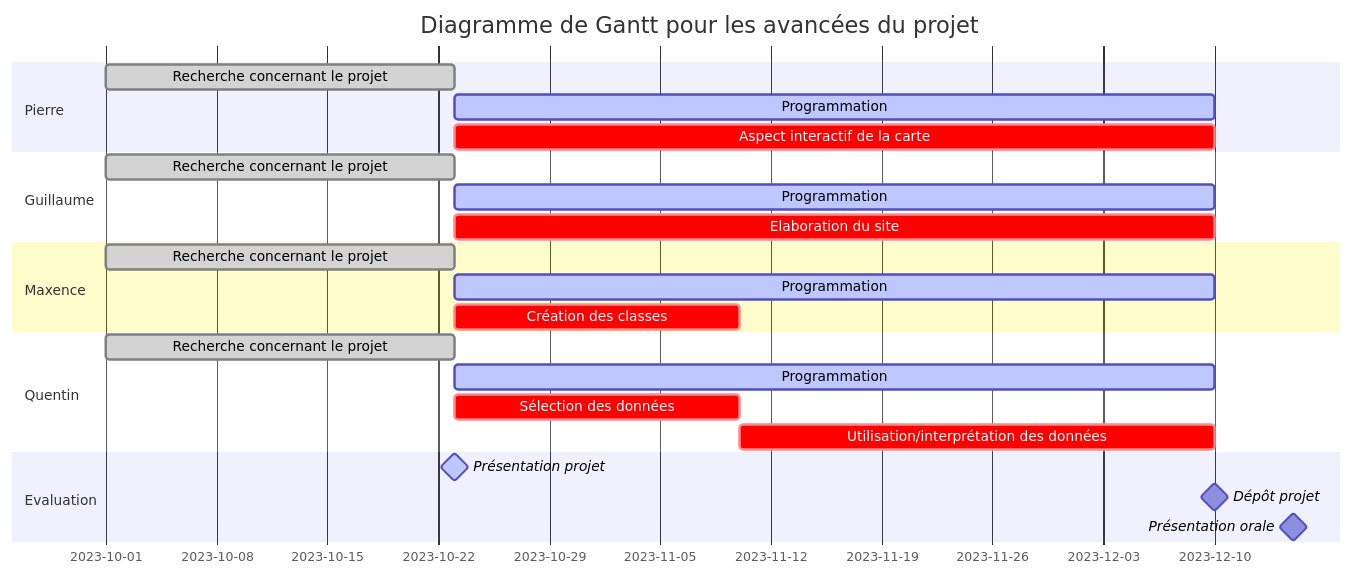
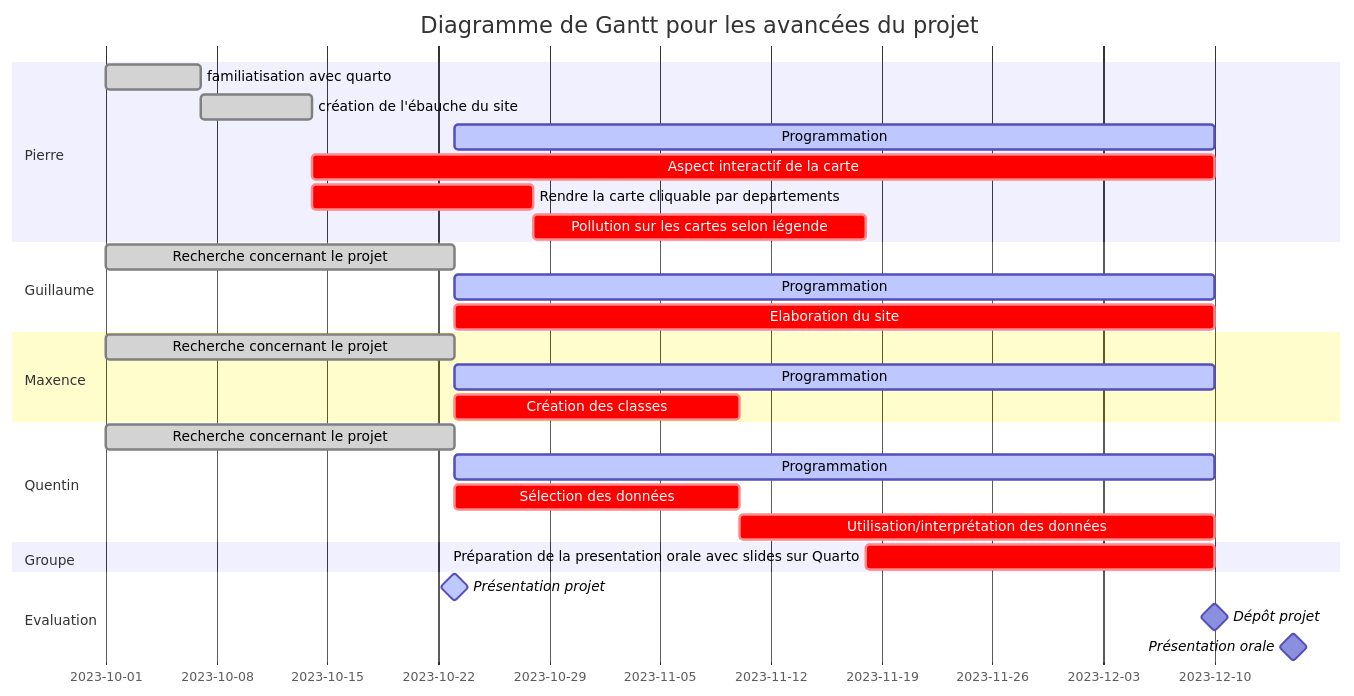
One commit to guibouland/ProjetGroupe changed the diagram in pollutionOcc/Avancee.qmd. Above: the diagram before and after it, drawn with Mermaid. The commit also changed other lines of this file, not shown here.

Commit message:
modifications Gantt Pierre

````diff
--- a/pollutionOcc/Avancee.qmd
+++ b/pollutionOcc/Avancee.qmd
@@ -4,33 +5,38 @@
 ```{mermaid}
     gantt
         dateFormat YYYY-MM-DD
         title Diagramme de Gantt pour les avancées du projet
         
         %% Ceci est provisoire
         section Pierre
-            Recherche concernant le projet  : done,     2023-10-01, 2023-10-23
+            familiatisation avec quarto  : done,     2023-10-01, 2023-10-07
+            création de l'ébauche du site : done,   2023-10-07, 2023-10-14
             Programmation : active,         2023-10-23, 2023-12-10
-            Aspect interactif de la carte : crit,         2023-10-23, 2023-12-10
+            Aspect interactif de la carte : crit,         2023-10-14, 2023-12-10
+            Rendre la carte cliquable par departements : crit,  2023-10-14, 2023-10-28
+            Pollution sur les cartes selon légende : crit, 2023-10-28, 2023-11-18
             
         section Guillaume
             Recherche concernant le projet  : done,     2023-10-01, 2023-10-23
             Programmation : active,         2023-10-23, 2023-12-10
             Elaboration du site : crit,         2023-10-23, 2023-12-10
             
         section Maxence
             Recherche concernant le projet : done,     2023-10-01, 2023-10-23
             Programmation : active,         2023-10-23, 2023-12-10
             Création des classes : crit,         2023-10-23, 2023-11-10
             
         section Quentin
             Recherche concernant le projet : done,     2023-10-01, 2023-10-23
             Programmation : active,         2023-10-23, 2023-12-10
             Sélection des données : crit,         2023-10-23, 2023-11-10
             Utilisation/interprétation des données : crit,         2023-11-10, 2023-12-10
-            
+        section Groupe
+            Préparation de la presentation orale avec slides sur Quarto : crit, 2023-11-18, 2023-12-10
+        
         section Evaluation
             Présentation projet : active, milestone,     2023-10-23, 2023-10-23
             Dépôt projet : milestone,     2023-12-10, 2023-12-10
             Présentation orale : milestone,     2023-12-15, 2023-12-15
 
 ```
````
